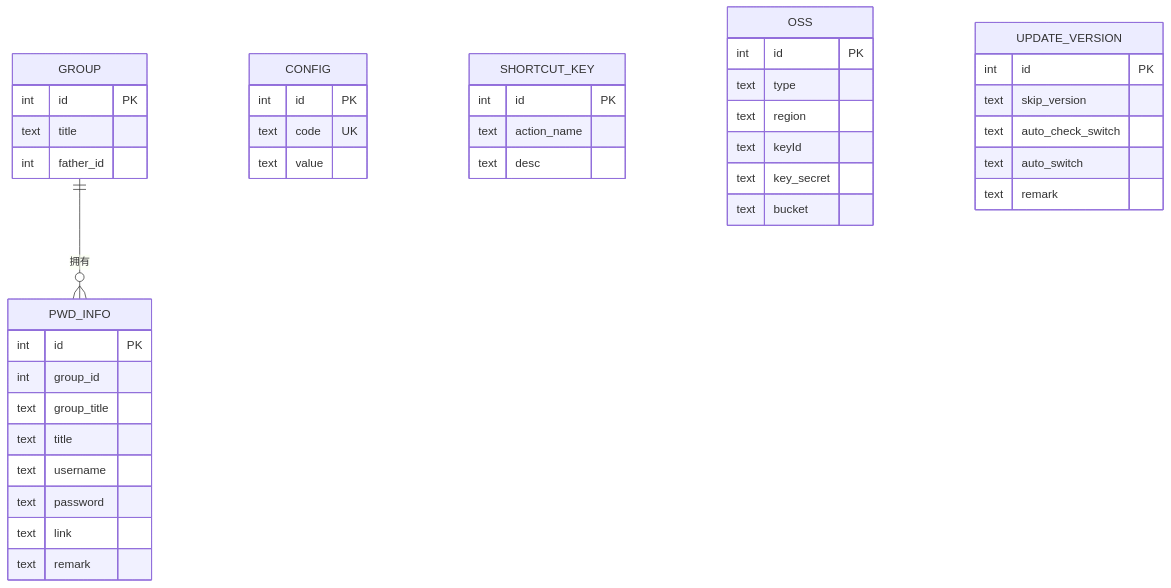
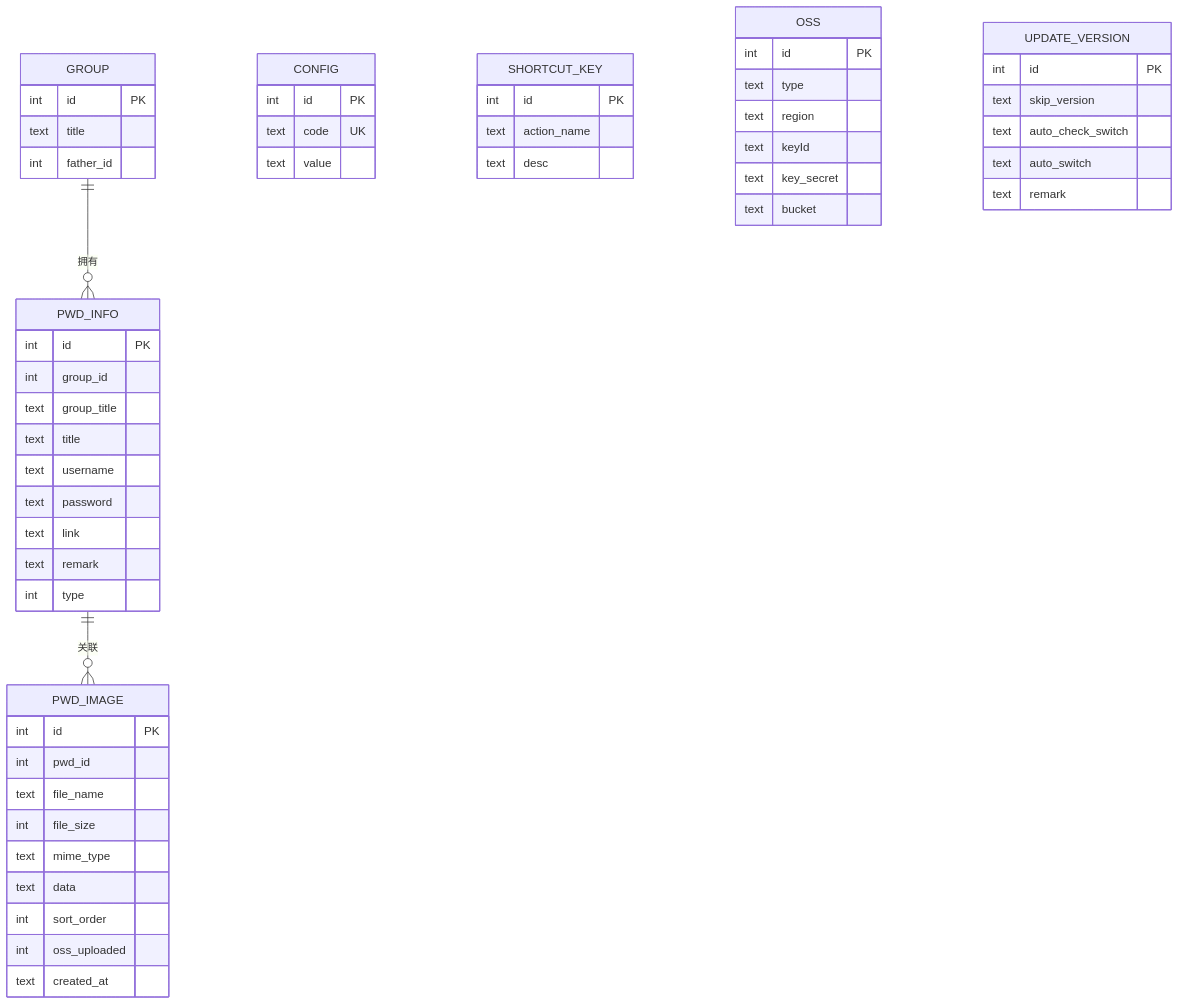
The fifth of 9 diagrams in .qoder/repowiki/zh/content/数据库系统/数据库架构设计.md (scgithub3220216/password-manager), drawn with Mermaid before and after one commit. The commit also changed other lines of this file and 23 other files, not shown here.

First line of the commit message:
feat(sync): 完善图像数据同步架构与处理逻辑

````diff
--- a/.qoder/repowiki/zh/content/数据库系统/数据库架构设计.md
+++ b/.qoder/repowiki/zh/content/数据库系统/数据库架构设计.md
@@ -222,44 +255,57 @@
 ```mermaid
 erDiagram
 GROUP {
 int id PK
 text title
 int father_id
 }
 PWD_INFO {
 int id PK
 int group_id
 text group_title
 text title
 text username
 text password
 text link
 text remark
+int type
 }
 CONFIG {
 int id PK
 text code UK
 text value
 }
 SHORTCUT_KEY {
 int id PK
 text action_name
 text desc
 }
 OSS {
 int id PK
 text type
 text region
 text keyId
 text key_secret
 text bucket
 }
 UPDATE_VERSION {
 int id PK
 text skip_version
 text auto_check_switch
 text auto_switch
 text remark
 }
+PWD_IMAGE {
+int id PK
+int pwd_id
+text file_name
+int file_size
+text mime_type
+text data
+int sort_order
+int oss_uploaded
+text created_at
+}
 GROUP ||--o{ PWD_INFO : "拥有"
+PWD_INFO ||--o{ PWD_IMAGE : "关联"
 ```
````
